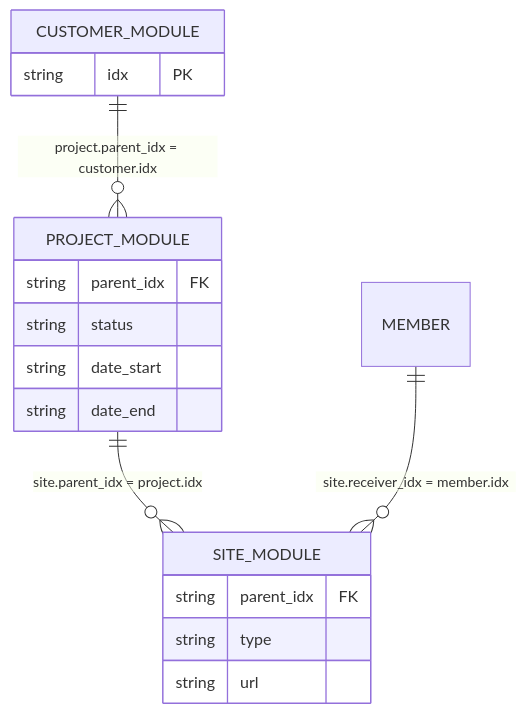
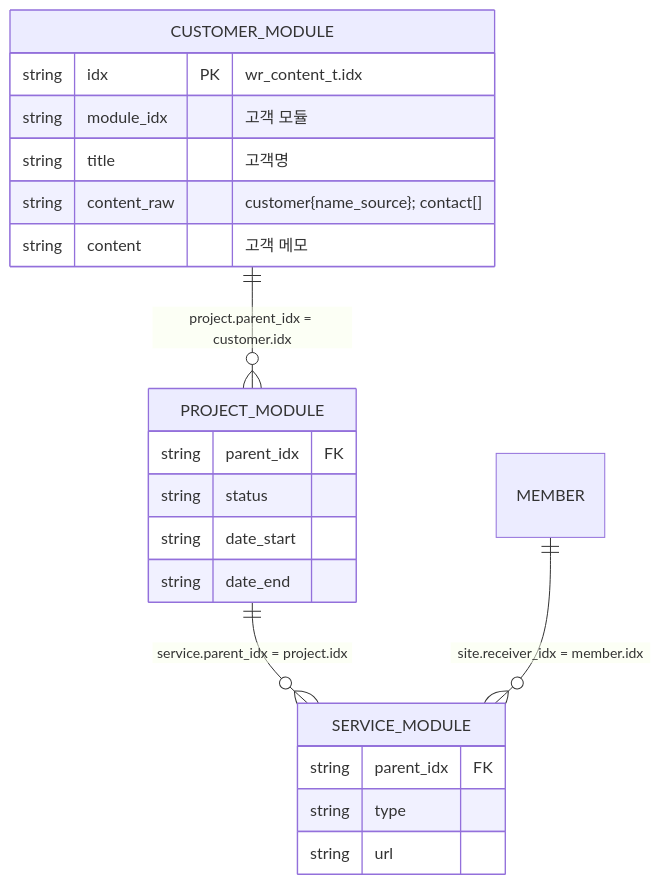
One commit to gyeolhwi/hermes34-project changed the diagram in docs/wr-content-erd.md. Above: the diagram before and after it, drawn with Mermaid. The commit also changed other lines of this file and 4 other files, not shown here.

````diff
--- a/docs/wr-content-erd.md
+++ b/docs/wr-content-erd.md
@@ -5,14 +5,20 @@
 ```mermaid
 erDiagram
     CUSTOMER_MODULE ||--o{ PROJECT_MODULE : "project.parent_idx = customer.idx"
-    PROJECT_MODULE ||--o{ SITE_MODULE : "site.parent_idx = project.idx"
-    MEMBER ||--o{ SITE_MODULE : "site.receiver_idx = member.idx"
-    CUSTOMER_MODULE { string idx PK }
+    PROJECT_MODULE ||--o{ SERVICE_MODULE : "service.parent_idx = project.idx"
+    MEMBER ||--o{ SERVICE_MODULE : "site.receiver_idx = member.idx"
+    CUSTOMER_MODULE {
+      string idx PK "wr_content_t.idx"
+      string module_idx "고객 모듈"
+      string title "고객명"
+      string content_raw "customer{name_source}; contact[]"
+      string content "고객 메모"
+    }
     PROJECT_MODULE { string parent_idx FK
                      string status
                      string date_start
                      string date_end }
-    SITE_MODULE { string parent_idx FK
+    SERVICE_MODULE { string parent_idx FK
                   string type
                   string url }
 ```
````
